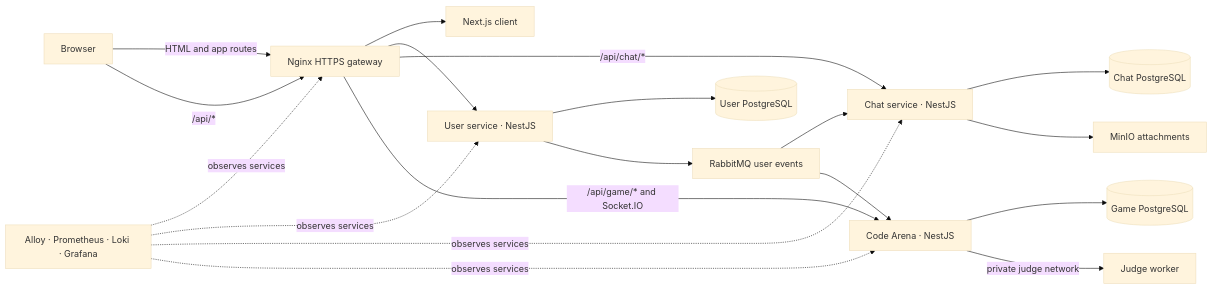
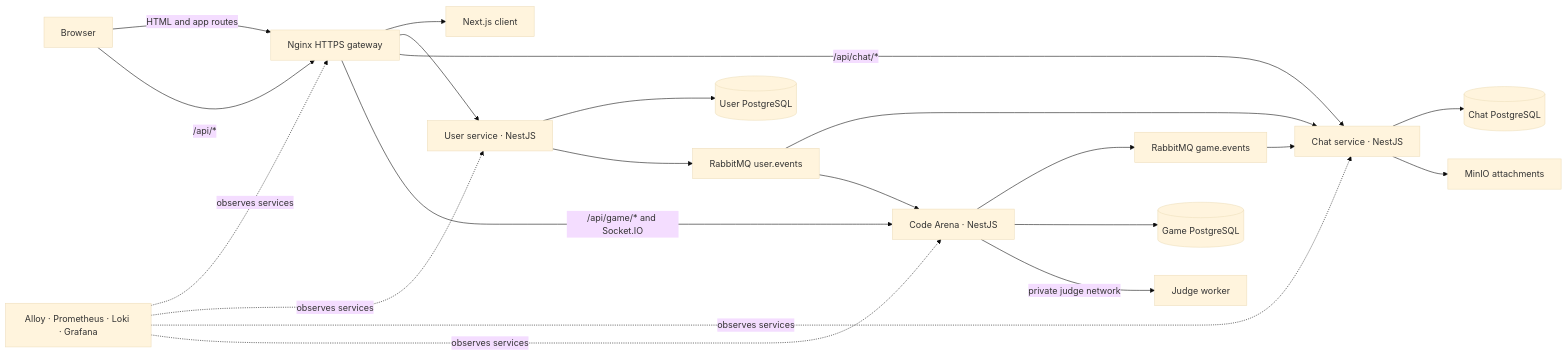
Before and after one commit to MliliGenes/ft-transcendence: the diagram in README.md, drawn with Mermaid (base theme). The commit also changed other lines of this file and 57 other files, not shown here.

````diff
--- a/README.md
+++ b/README.md
@@ -26,35 +26,38 @@
 ```mermaid
 flowchart LR
   Browser[Browser]
   Gateway[Nginx HTTPS gateway]
   Web[Next.js client]
   User[User service · NestJS]
   UserDB[(User PostgreSQL)]
   Chat[Chat service · NestJS]
   ChatDB[(Chat PostgreSQL)]
-  Events[RabbitMQ user events]
+  Events[RabbitMQ user.events]
+  GameEvents[RabbitMQ game.events]
   MinIO[MinIO attachments]
   Game[Code Arena · NestJS]
   GameDB[(Game PostgreSQL)]
   Judge[Judge worker]
   Monitor[Alloy · Prometheus · Loki · Grafana]
 
   Browser -->|HTML and app routes| Gateway
   Gateway --> Web
   Browser -->|/api/*| Gateway
   Gateway --> User
   Gateway -->|/api/chat/*| Chat
   Gateway -->|/api/game/* and Socket.IO| Game
   User --> UserDB
   User --> Events
   Events --> Chat
   Events --> Game
+  Game --> GameEvents
+  GameEvents --> Chat
   Chat --> ChatDB
   Chat --> MinIO
   Game --> GameDB
   Game -->|private judge network| Judge
   Monitor -. observes services .-> Gateway
   Monitor -. observes services .-> User
   Monitor -. observes services .-> Chat
   Monitor -. observes services .-> Game
 ```
````
